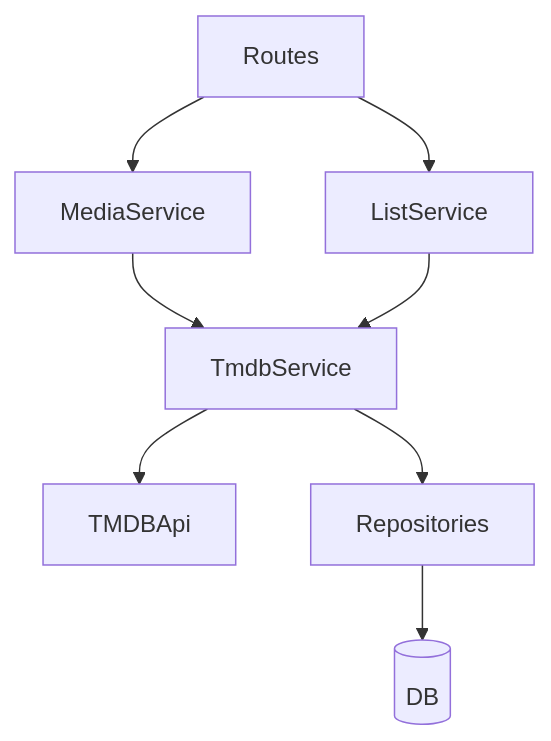
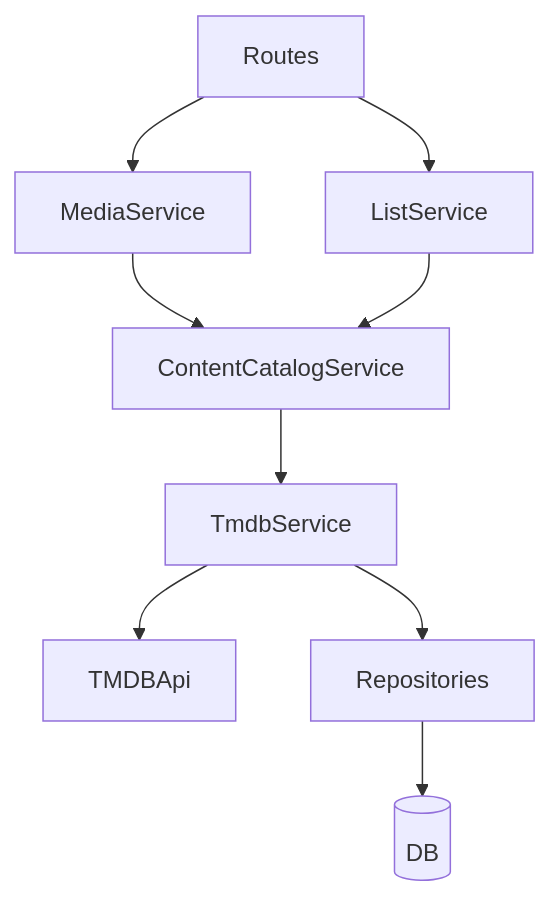
One commit to maury91/miauflix changed the third of 3 diagrams in docs/architecture/external-sync-and-query-fallback.md. Above: the diagram before and after it, drawn with Mermaid. The commit also changed other lines of this file and 7 other files, not shown here.

````diff
--- a/docs/architecture/external-sync-and-query-fallback.md
+++ b/docs/architecture/external-sync-and-query-fallback.md
@@ -70,18 +70,20 @@
 ```mermaid
 flowchart TB
   Routes[Routes]
   MediaService[MediaService]
   ListService[ListService]
+  ContentCatalogService[ContentCatalogService]
   TmdbService[TmdbService]
   TMDBApi[TMDBApi]
   Repos[Repositories]
   DB[(DB)]
 
   Routes --> MediaService
   Routes --> ListService
-  MediaService --> TmdbService
-  ListService --> TmdbService
+  MediaService --> ContentCatalogService
+  ListService --> ContentCatalogService
+  ContentCatalogService --> TmdbService
   TmdbService --> TMDBApi
   TmdbService --> Repos
   Repos --> DB
 ```
````
